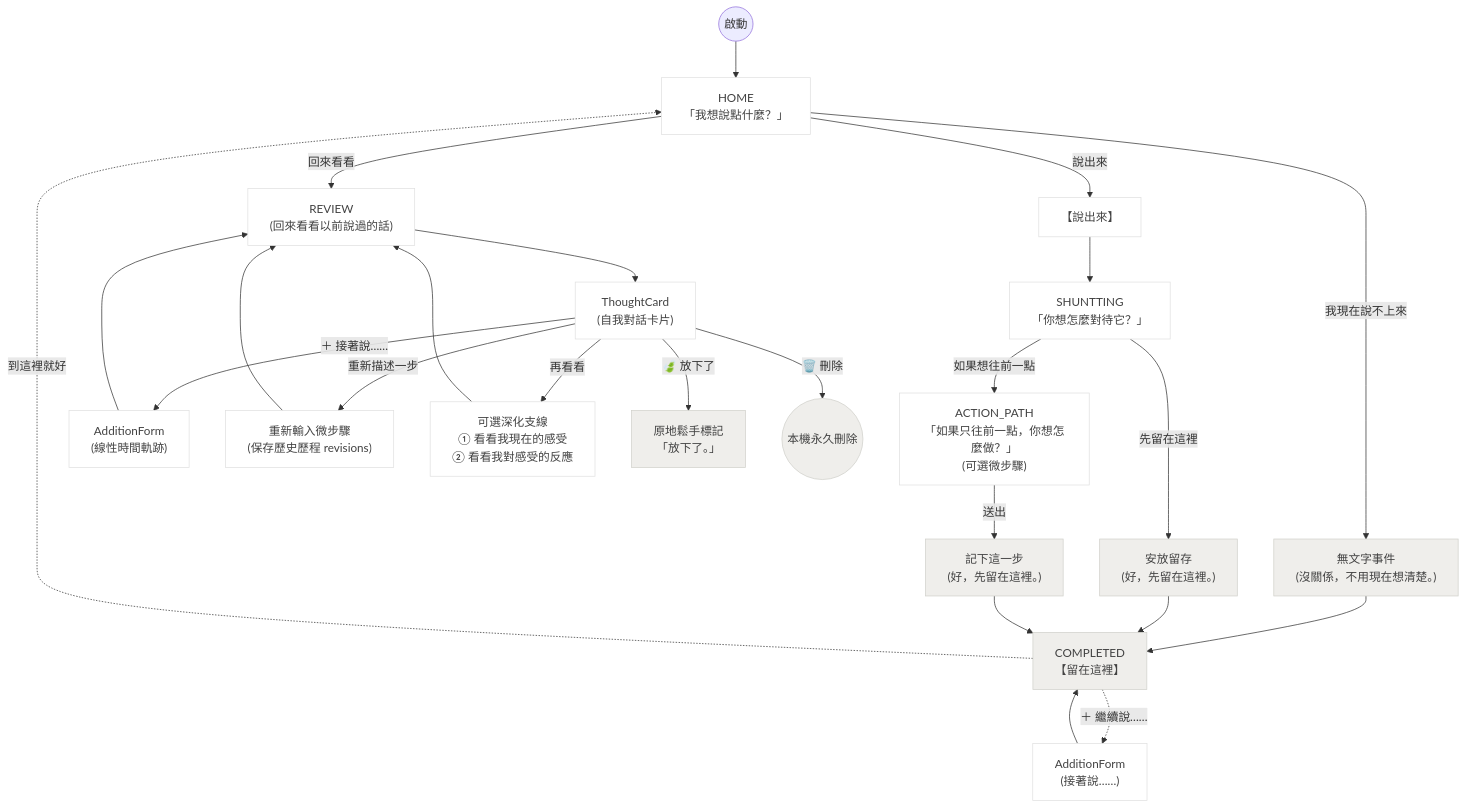
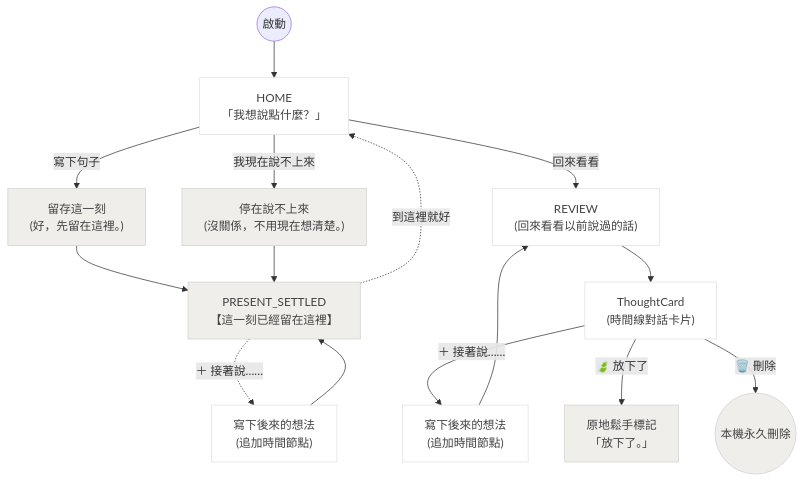
The diagram in flow_diagram.md (q5089877/privateMind), drawn with Mermaid before and after one commit. The commit also changed 14 other files, not shown here.

Commit message:
refactor(arch): migrate to ThoughtThread timeline model and Self-Dialogue Charter v2

````diff
--- a/flow_diagram.md
+++ b/flow_diagram.md
@@ -1,50 +1,36 @@
 ```mermaid
 flowchart TD
     %% 進入點
     Start(("啟動")) --> HOME["HOME\n「我想說點什麼？」"]
 
     %% HOME 選擇
-    HOME -- "說出來" --> RECEIVE["【說出來】"]
-    HOME -- "我現在說不上來" --> UNPOKEN["無文字事件\n(沒關係，不用現在想清楚。)"]
+    HOME -- "寫下句子" --> SAVE["留存這一刻\n(好，先留在這裡。)"]
+    HOME -- "我現在說不上來" --> SAVE_UNPOKEN["停在說不上來\n(沒關係，不用現在想清楚。)"]
     HOME -- "回來看看" --> REVIEW["REVIEW\n(回來看看以前說過的話)"]
 
-    RECEIVE --> SHUNTTING["SHUNTTING\n「你想怎麼對待它？」"]
-
-    %% SHUNTTING
-    SHUNTTING -- "先留在這裡" --> DEPOSIT_END["安放留存\n(好，先留在這裡。)"]
-    SHUNTTING -- "如果想往前一點" --> ACTION_PATH["ACTION_PATH\n「如果只往前一點，你想怎麼做？」\n(可選微步驟)"]
-    ACTION_PATH -- "送出" --> ACTION_END["記下這一步\n(好，先留在這裡。)"]
-
-    %% 留存完成態
-    UNPOKEN --> COMPLETED["COMPLETED\n【留在這裡】"]
-    DEPOSIT_END --> COMPLETED
-    ACTION_END --> COMPLETED
+    %% 留存定格態
+    SAVE --> PRESENT["PRESENT_SETTLED\n【這一刻已經留在這裡】"]
+    SAVE_UNPOKEN --> PRESENT
 
     %% 留存後出口
-    COMPLETED -. "到這裡就好" .-> HOME
-    COMPLETED -. "＋ 繼續說……" .-> ADDITION_COMPLETED["AdditionForm\n(接著說……)"]
-    ADDITION_COMPLETED --> COMPLETED
+    PRESENT -. "到這裡就好" .-> HOME
+    PRESENT -. "＋ 接著說……" .-> APPEND_PRESENT["寫下後來的想法\n(追加時間節點)"]
+    APPEND_PRESENT --> PRESENT
 
     %% 回來看看 (REVIEW) 與卡片互動模組
-    REVIEW --> TCARD["ThoughtCard\n(自我對話卡片)"]
+    REVIEW --> TCARD["ThoughtCard\n(時間線對話卡片)"]
     
     %% 卡片支線操作
-    TCARD -- "＋ 接著說……" --> ADDITION_REVIEW["AdditionForm\n(線性時間軌跡)"]
-    ADDITION_REVIEW --> REVIEW
-    
-    TCARD -- "重新描述一步" --> REPROCESS["重新輸入微步驟\n(保存歷史歷程 revisions)"]
-    REPROCESS --> REVIEW
-    
-    TCARD -- "再看看" --> DEEPEN["可選深化支線\n① 看看我現在的感受\n② 看看我對感受的反應"]
-    DEEPEN --> REVIEW
+    TCARD -- "＋ 接著說……" --> APPEND_REVIEW["寫下後來的想法\n(追加時間節點)"]
+    APPEND_REVIEW --> REVIEW
 
     TCARD -- "🍃 放下了" --> RELEASE_STATE["原地鬆手標記\n「放下了。」"]
     TCARD -- "🗑️ 刪除" --> DELETE_STATE(("本機永久刪除"))
 
     %% 樣式定義
     classDef state fill:#FFFFFF,stroke:#E0E0E0,stroke-width:1px,color:#424242;
     classDef ending fill:#EFEEEB,stroke:#D1D1CB,stroke-width:1px,color:#424242;
     
-    class HOME,RECEIVE,SHUNTTING,ACTION_PATH,REVIEW,ADDITION_COMPLETED,ADDITION_REVIEW,TCARD,REPROCESS,DEEPEN state;
-    class COMPLETED,DEPOSIT_END,ACTION_END,UNPOKEN,RELEASE_STATE,DELETE_STATE ending;
+    class HOME,REVIEW,APPEND_PRESENT,APPEND_REVIEW,TCARD state;
+    class PRESENT,SAVE,SAVE_UNPOKEN,RELEASE_STATE,DELETE_STATE ending;
 ```
````
